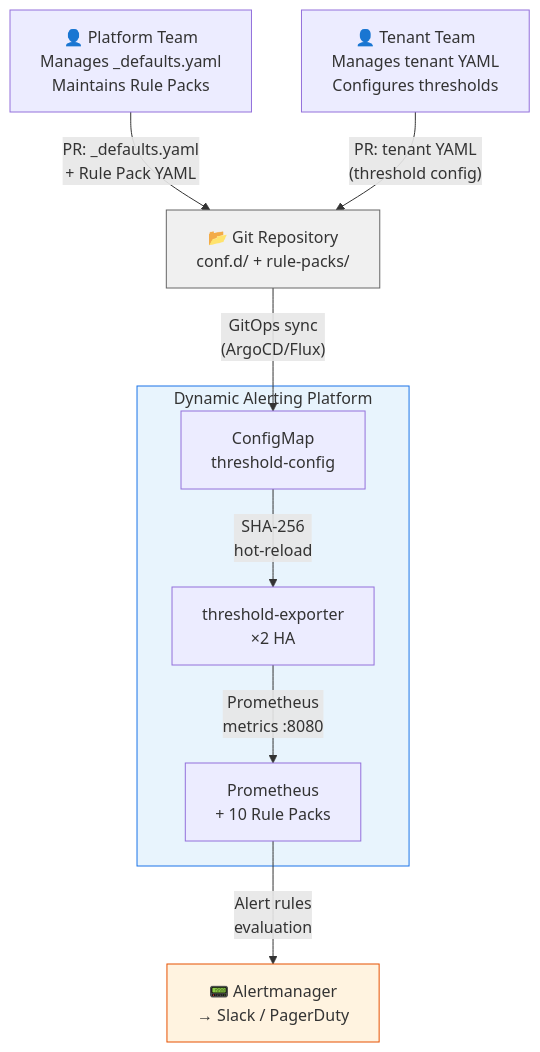
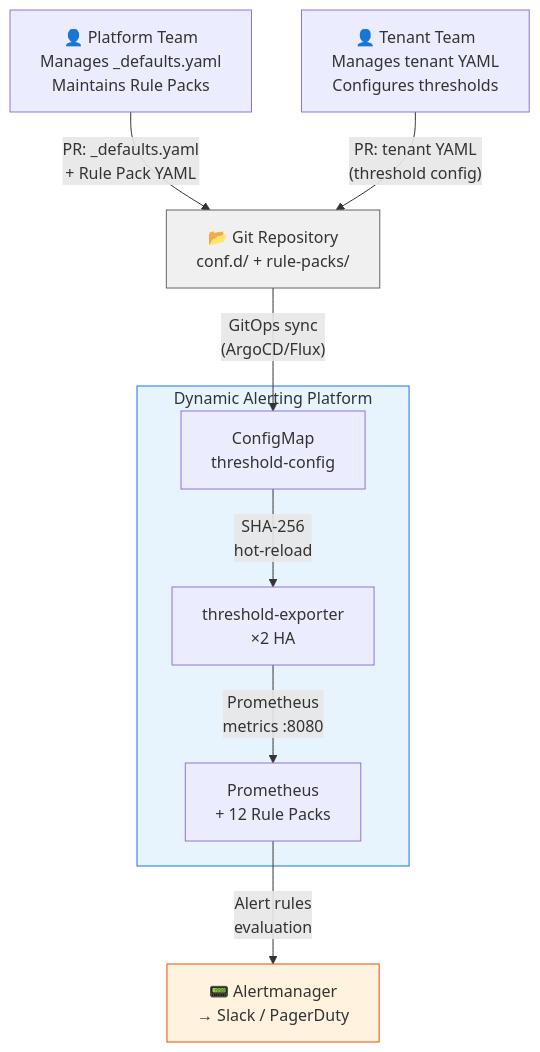
Before and after one commit to vencil/Dynamic-Alerting-Integrations: the first of 6 diagrams in docs/architecture-and-design.en.md, drawn with Mermaid. The commit also changed other lines of this file and 41 other files, not shown here.

````diff
--- a/docs/architecture-and-design.en.md
+++ b/docs/architecture-and-design.en.md
@@ -30,25 +30,25 @@
 ```mermaid
 graph TB
     PT["👤 Platform Team<br/>Manages _defaults.yaml<br/>Maintains Rule Packs"]
     TT["👤 Tenant Team<br/>Manages tenant YAML<br/>Configures thresholds"]
     Git["📂 Git Repository<br/>conf.d/ + rule-packs/"]
 
     subgraph DAP["Dynamic Alerting Platform"]
         TE["threshold-exporter<br/>×2 HA"]
-        PM["Prometheus<br/>+ 10 Rule Packs"]
+        PM["Prometheus<br/>+ 12 Rule Packs"]
         CM["ConfigMap<br/>threshold-config"]
     end
 
     AM["📟 Alertmanager<br/>→ Slack / PagerDuty"]
 
     PT -->|"PR: _defaults.yaml<br/>+ Rule Pack YAML"| Git
     TT -->|"PR: tenant YAML<br/>(threshold config)"| Git
     Git -->|"GitOps sync<br/>(ArgoCD/Flux)"| CM
     CM -->|"SHA-256<br/>hot-reload"| TE
     TE -->|"Prometheus<br/>metrics :8080"| PM
     PM -->|"Alert rules<br/>evaluation"| AM
 
     style DAP fill:#e8f4fd,stroke:#1a73e8
     style Git fill:#f0f0f0,stroke:#666
     style AM fill:#fff3e0,stroke:#e65100
 ```
````
